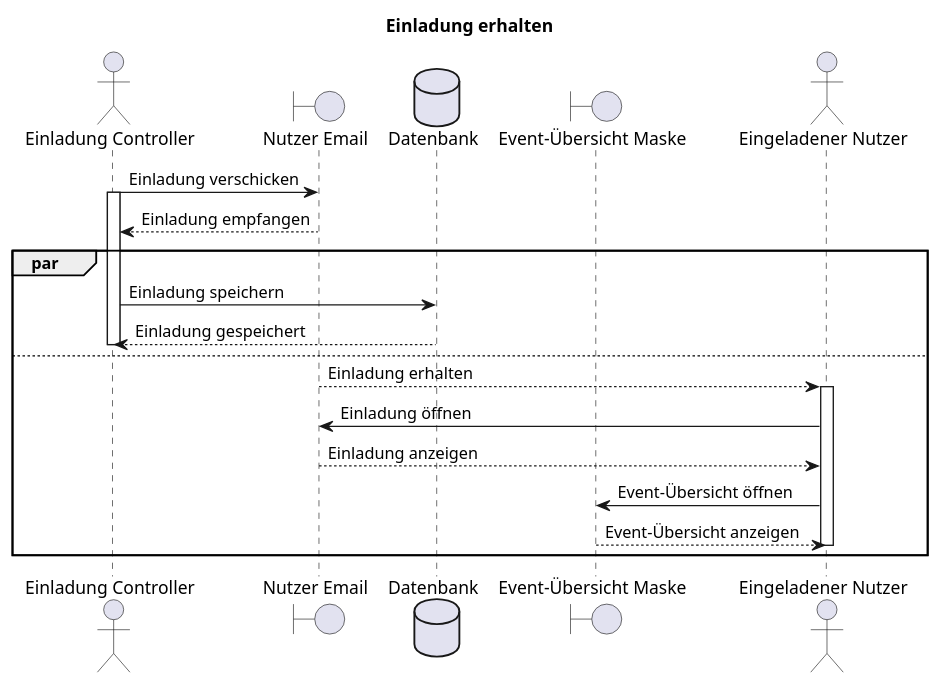
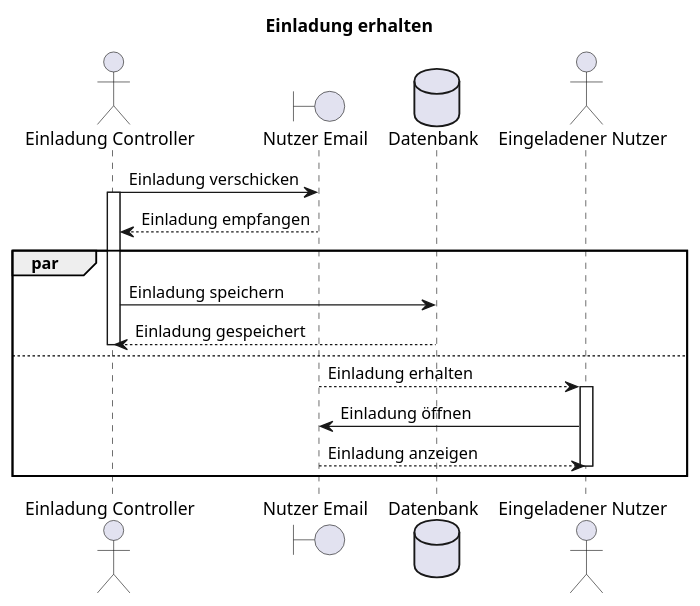
One commit to party-time-2/party-time changed the diagram in docs/F007/F007_einladungErhalten_seq.plantuml. Above: the diagram before and after it, drawn with PlantUML. The commit also changed 20 other files, not shown here.

Commit message:
F007, F008, F009 diagrams fix

```diff
--- a/docs/F007/F007_einladungErhalten_seq.plantuml
+++ b/docs/F007/F007_einladungErhalten_seq.plantuml
@@ -1,26 +1,23 @@
 @startuml F007_einladungErhalten_seq
 title "Einladung erhalten"
 
 actor "Einladung Controller" as controller
 boundary "Nutzer Email" as userMail
 database "Datenbank" as db
-boundary "Event-Übersicht Maske" as eventMask
 actor "Eingeladener Nutzer" as user
 
 controller -> userMail: Einladung verschicken
 activate controller
 controller <-- userMail: Einladung empfangen
 par
 controller -> db: Einladung speichern
 controller <-- db: Einladung gespeichert
 deactivate controller
 else
 userMail --> user: Einladung erhalten
 activate user
 userMail <- user: Einladung öffnen
 userMail --> user: Einladung anzeigen
-user -> eventMask: Event-Übersicht öffnen
-user <-- eventMask: Event-Übersicht anzeigen
 deactivate user
 end
 @enduml
```
